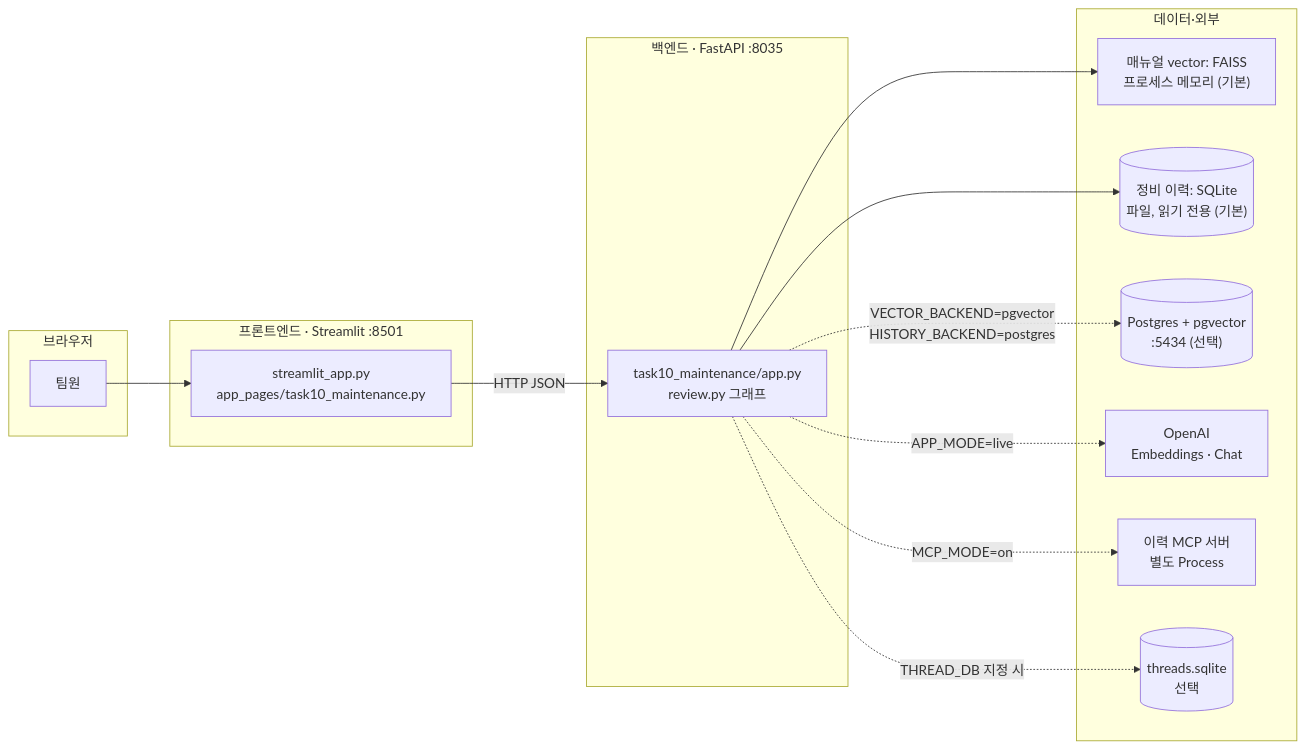
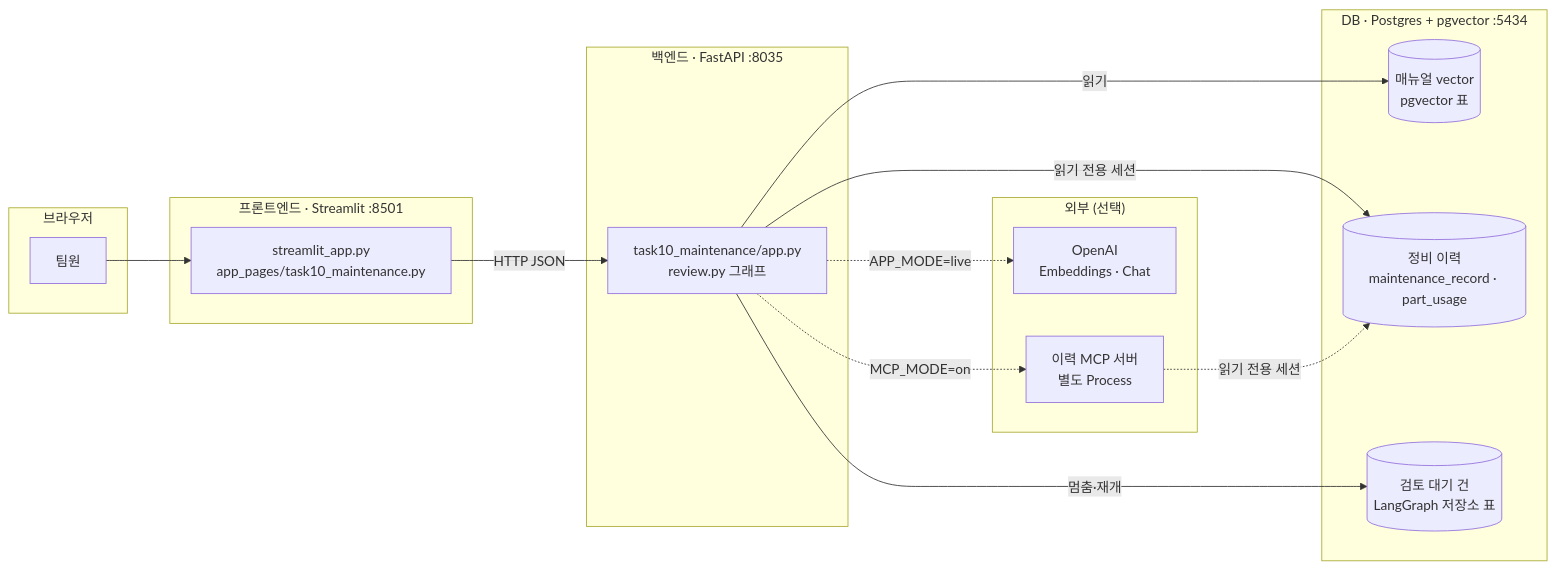
One commit to Join-su/agent-10 changed the first of 3 diagrams in docs/running-the-app.md. Above: the diagram before and after it, drawn with Mermaid. The commit also changed other lines of this file and 40 other files, not shown here.

First line of the commit message:
DB 를 Postgres(pgvector) 하나로 통일한다

````diff
--- a/docs/running-the-app.md
+++ b/docs/running-the-app.md
@@ -7,32 +8,34 @@
 ```mermaid
 flowchart LR
     subgraph browser["브라우저"]
         U["팀원"]
     end
 
     subgraph front["프론트엔드 · Streamlit :8501"]
         UI["streamlit_app.py<br/>app_pages/task10_maintenance.py"]
     end
 
     subgraph back["백엔드 · FastAPI :8035"]
         API["task10_maintenance/app.py<br/>review.py 그래프"]
     end
 
-    subgraph data["데이터·외부"]
-        MEM["매뉴얼 vector: FAISS<br/>프로세스 메모리 (기본)"]
-        SQL[("정비 이력: SQLite<br/>파일, 읽기 전용 (기본)")]
-        PG[("Postgres + pgvector<br/>:5434 (선택)")]
+    subgraph db["DB · Postgres + pgvector :5434"]
+        V[("매뉴얼 vector<br/>pgvector 표")]
+        H[("정비 이력<br/>maintenance_record · part_usage")]
+        C[("검토 대기 건<br/>LangGraph 저장소 표")]
+    end
+
+    subgraph ext["외부 (선택)"]
         OAI["OpenAI<br/>Embeddings · Chat"]
         MCPS["이력 MCP 서버<br/>별도 Process"]
-        TDB[("threads.sqlite<br/>선택")]
     end
 
     U --> UI
     UI -- "HTTP JSON" --> API
-    API --> MEM
-    API --> SQL
-    API -. "VECTOR_BACKEND=pgvector<br/>HISTORY_BACKEND=postgres" .-> PG
+    API -- "읽기" --> V
+    API -- "읽기 전용 세션" --> H
+    API -- "멈춤·재개" --> C
     API -. "APP_MODE=live" .-> OAI
     API -. "MCP_MODE=on" .-> MCPS
-    API -. "THREAD_DB 지정 시" .-> TDB
+    MCPS -. "읽기 전용 세션" .-> H
 ```
````
